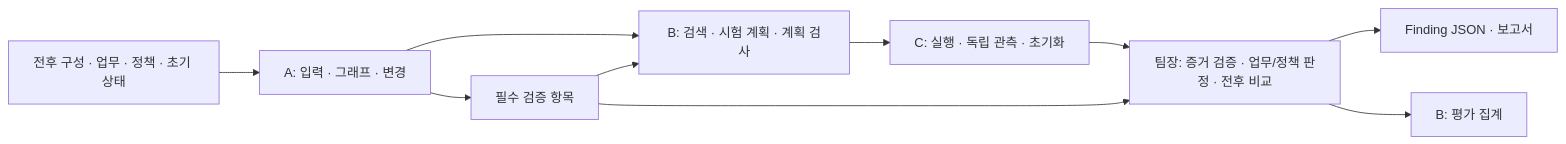
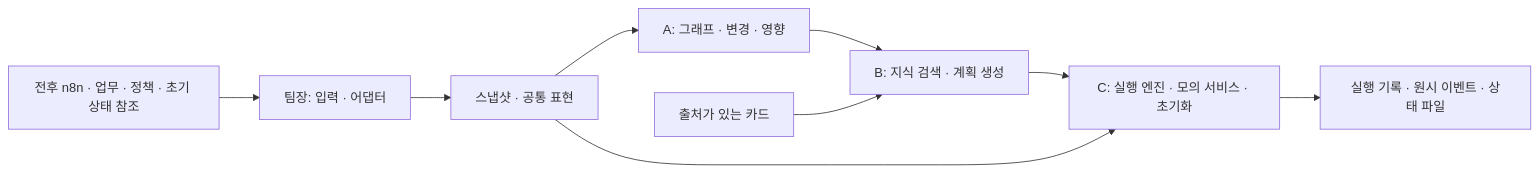
Before and after one commit to serendipity-sec/docs: the diagram in final/team-roles.md, drawn with Mermaid. The commit also changed other lines of this file and 4 other files, not shown here.

````diff
--- a/final/team-roles.md
+++ b/final/team-roles.md
@@ -27,12 +29,11 @@
 ```mermaid
 flowchart LR
-  I["전후 구성 · 업무 · 정책 · 초기 상태"] --> A["A: 입력 · 그래프 · 변경"]
-  A --> O["필수 검증 항목"]
-  A --> B["B: 검색 · 시험 계획 · 계획 검사"]
-  O --> B
-  B --> C["C: 실행 · 독립 관측 · 초기화"]
-  C --> L["팀장: 증거 검증 · 업무/정책 판정 · 전후 비교"]
-  O --> L
-  L --> R["Finding JSON · 보고서"]
-  L --> M["B: 평가 집계"]
+  I["전후 n8n · 업무 · 정책 · 초기 상태 참조"] --> L["팀장: 입력 · 어댑터"]
+  L --> N["스냅샷 · 공통 표현"]
+  N --> A["A: 그래프 · 변경 · 영향"]
+  A --> B["B: 지식 검색 · 계획 생성"]
+  K["출처가 있는 카드"] --> B
+  B --> C["C: 실행 엔진 · 모의 서비스 · 초기화"]
+  N --> C
+  C --> O["실행 기록 · 원시 이벤트 · 상태 파일"]
 ```
````
